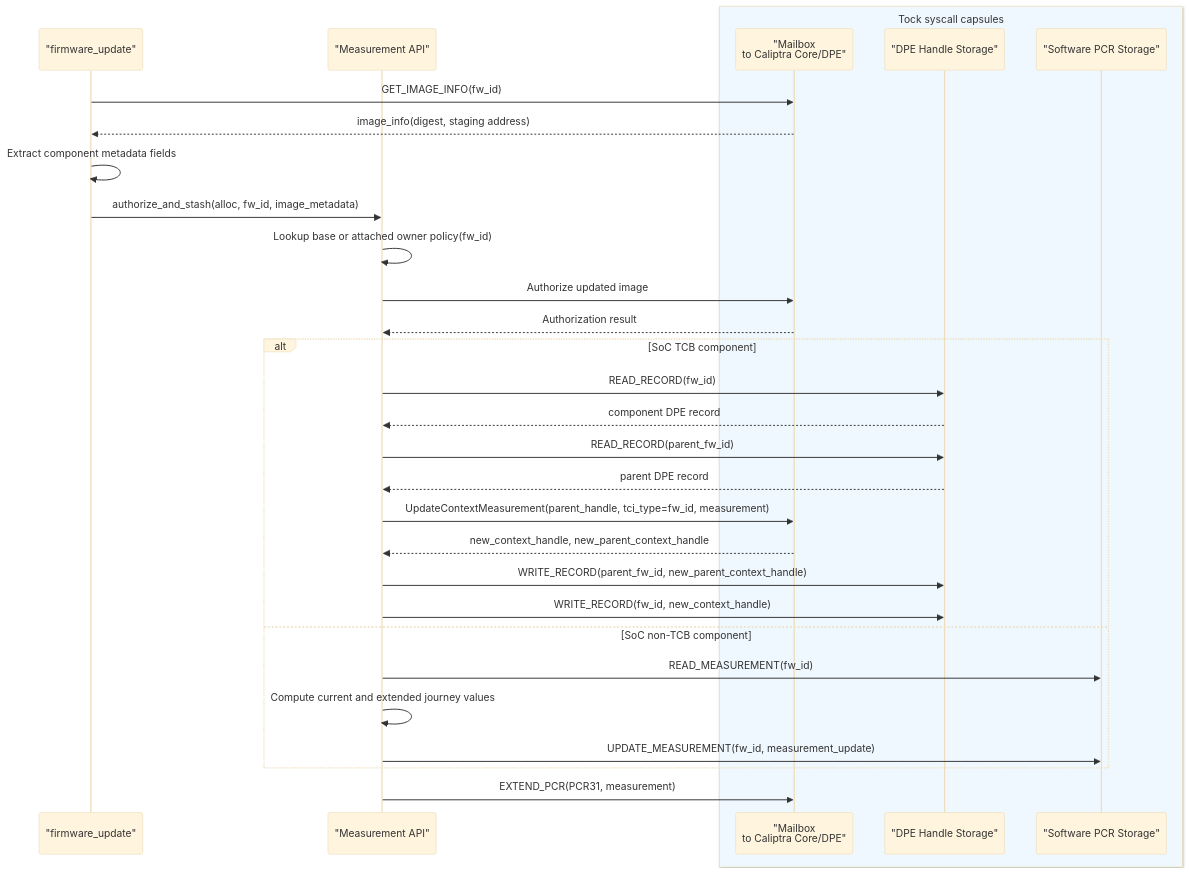
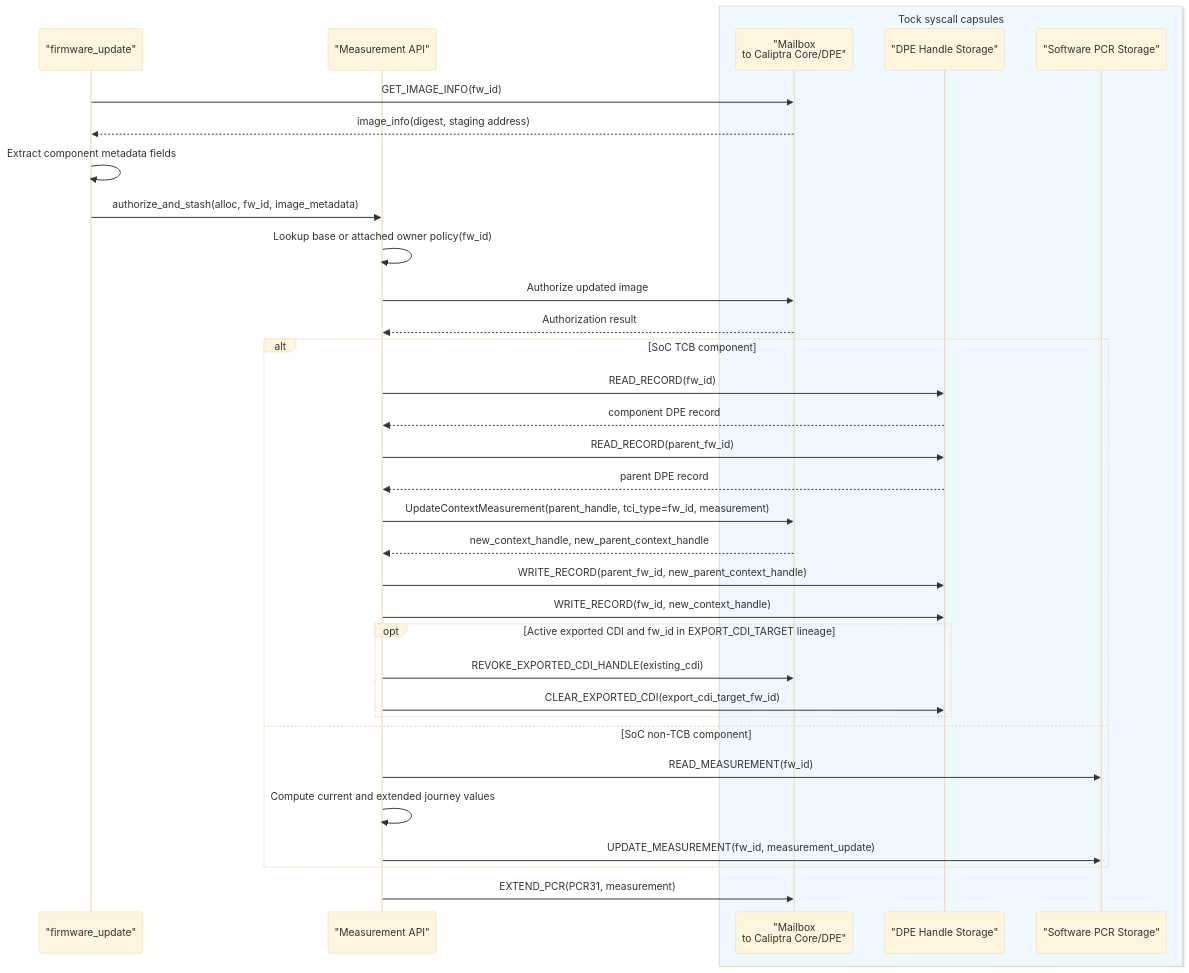
Before and after one commit to chipsalliance/caliptra-mcu-sw: the fourth of 5 diagrams in docs/src/attestation-measurement-api.md, drawn with Mermaid (base theme). The commit also changed other lines of this file and 25 other files, not shown here.

First line of the commit message:
feat(attestation): add Exported-CDI signing and revocation APIs

````diff
--- a/docs/src/attestation-measurement-api.md
+++ b/docs/src/attestation-measurement-api.md
@@ -170,34 +217,38 @@
 ```mermaid
 sequenceDiagram
     participant FwUpdate as "firmware_update"
     participant MApi as "Measurement API"
     box rgb(239, 248, 255) Tock syscall capsules
         participant Mailbox as "Mailbox<br/>to Caliptra Core/DPE"
         participant DpeStore as "DPE Handle Storage"
         participant PcrStore as "Software PCR Storage"
     end
 
     FwUpdate->>Mailbox: GET_IMAGE_INFO(fw_id)
     Mailbox-->>FwUpdate: image_info(digest, staging address)
     FwUpdate->>FwUpdate: Extract component metadata fields
     FwUpdate->>MApi: authorize_and_stash(alloc, fw_id, image_metadata)
     MApi->>MApi: Lookup base or attached owner policy(fw_id)
     MApi->>Mailbox: Authorize updated image
     Mailbox-->>MApi: Authorization result
 
     alt SoC TCB component
         MApi->>DpeStore: READ_RECORD(fw_id)
         DpeStore-->>MApi: component DPE record
         MApi->>DpeStore: READ_RECORD(parent_fw_id)
         DpeStore-->>MApi: parent DPE record
         MApi->>Mailbox: UpdateContextMeasurement(parent_handle, tci_type=fw_id, measurement)
         Mailbox-->>MApi: new_context_handle, new_parent_context_handle
         MApi->>DpeStore: WRITE_RECORD(parent_fw_id, new_parent_context_handle)
         MApi->>DpeStore: WRITE_RECORD(fw_id, new_context_handle)
+        opt Active exported CDI and fw_id in EXPORT_CDI_TARGET lineage
+            MApi->>Mailbox: REVOKE_EXPORTED_CDI_HANDLE(existing_cdi)
+            MApi->>DpeStore: CLEAR_EXPORTED_CDI(export_cdi_target_fw_id)
+        end
     else SoC non-TCB component
         MApi->>PcrStore: READ_MEASUREMENT(fw_id)
         MApi->>MApi: Compute current and extended journey values
         MApi->>PcrStore: UPDATE_MEASUREMENT(fw_id, measurement_update)
     end
     MApi->>Mailbox: EXTEND_PCR(PCR31, measurement)
 ```
````
